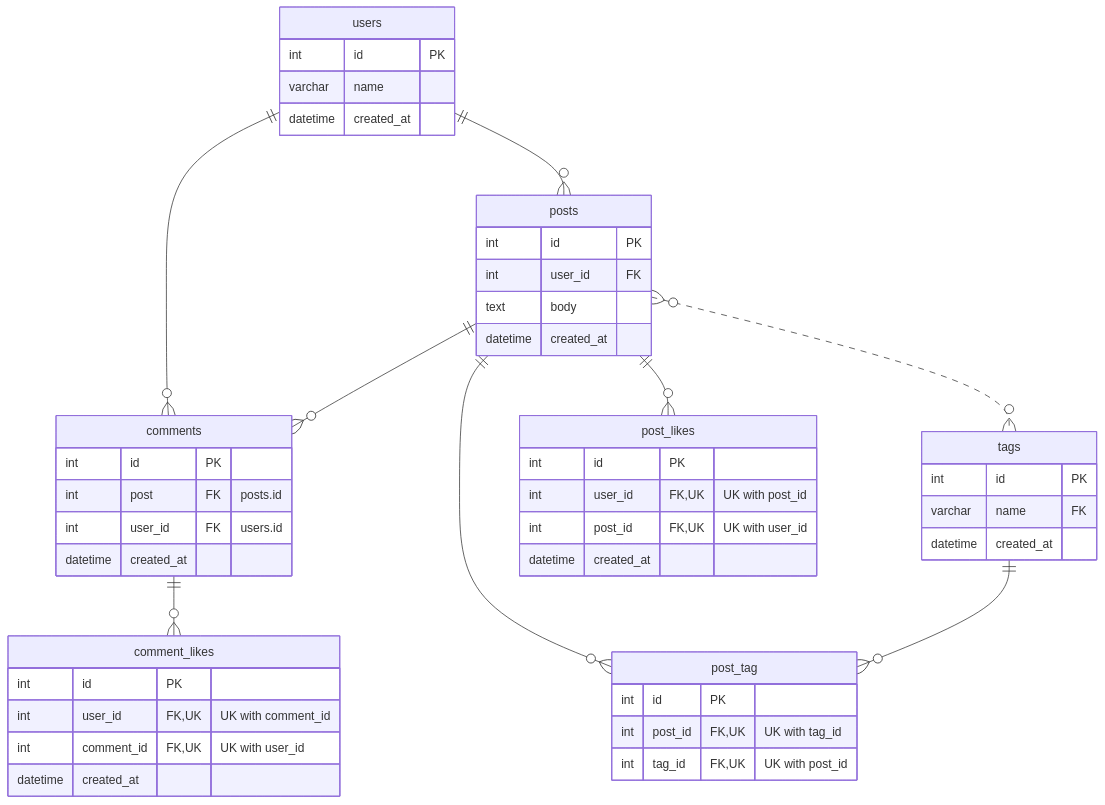
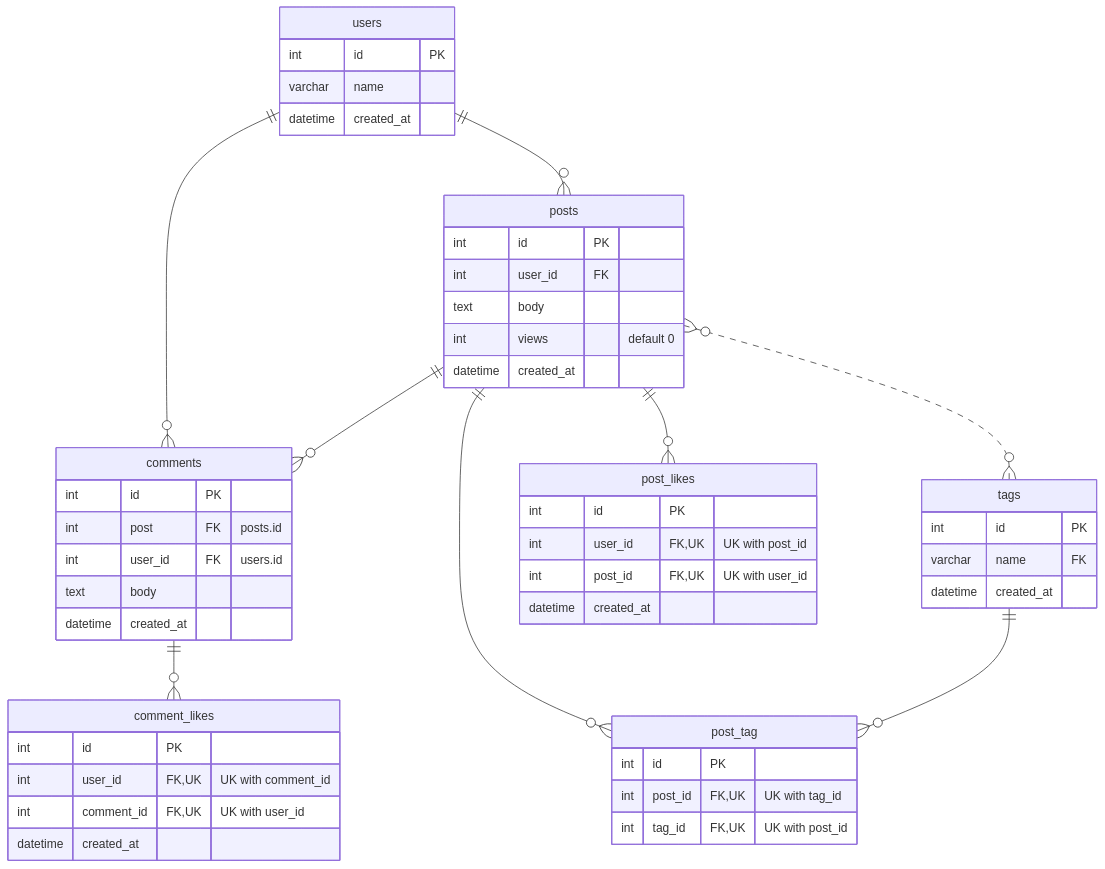
One commit to Martin-Yu-Swag/db-demo changed the diagram in README.md. Above: the diagram before and after it, drawn with Mermaid. The commit also changed other lines of this file and 6 other files, not shown here.

````diff
--- a/README.md
+++ b/README.md
@@ -5,59 +11,61 @@
 ```mermaid
 erDiagram
 
     users ||--o{ posts : ""
     users ||--o{ comments: ""
     posts ||--o{ comments: ""
     posts ||--o{ post_tag : ""
     tags  ||--o{ post_tag: ""
     posts }o..o{ tags: ""
     posts ||--o{ post_likes : ""
     comments ||--o{ comment_likes : ""
 
     users {
         int     id   PK ""
         varchar name    ""
         datetime created_at ""
     }
 
     posts {
         int id PK ""
         int user_id FK ""
         text body ""
+        int views "default 0"
         datetime created_at ""
     }
 
 
     post_likes {
         int id PK ""
         int user_id FK,UK "UK with post_id"
         int post_id FK,UK "UK with user_id"
         datetime created_at ""
     }
 
     tags {
         int id PK ""
         varchar name FK ""
         datetime created_at ""
     }
 
     post_tag {
         int id PK
         int post_id FK,UK "UK with tag_id"
         int tag_id FK,UK "UK with post_id"
     }
 
     comments {
         int id PK ""
         int post FK "posts.id"
         int user_id FK "users.id"
+        text body ""
         datetime created_at ""
     }
 
     comment_likes {
         int id PK ""
         int user_id FK,UK "UK with comment_id"
         int comment_id FK,UK "UK with user_id"
         datetime created_at ""
     }
 ```
````
